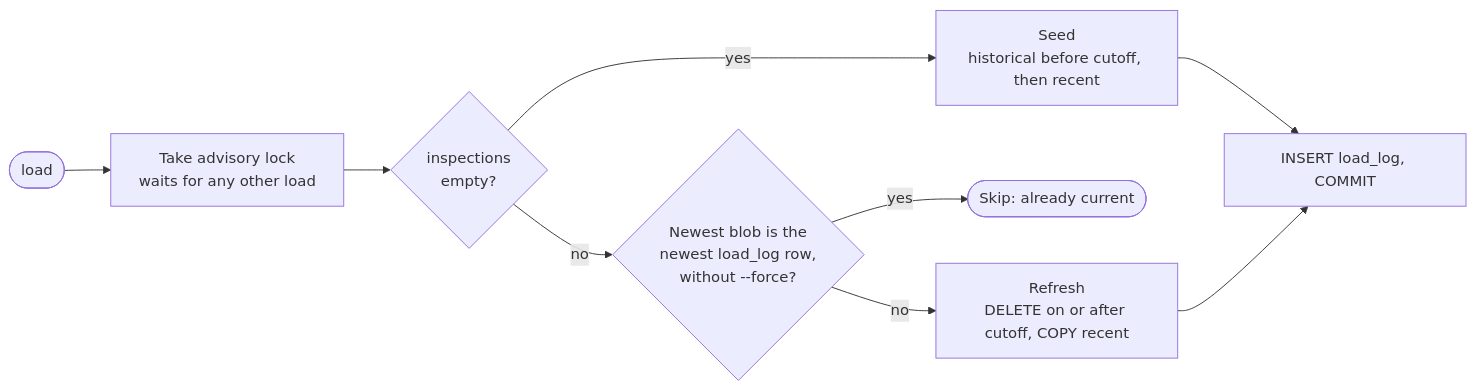
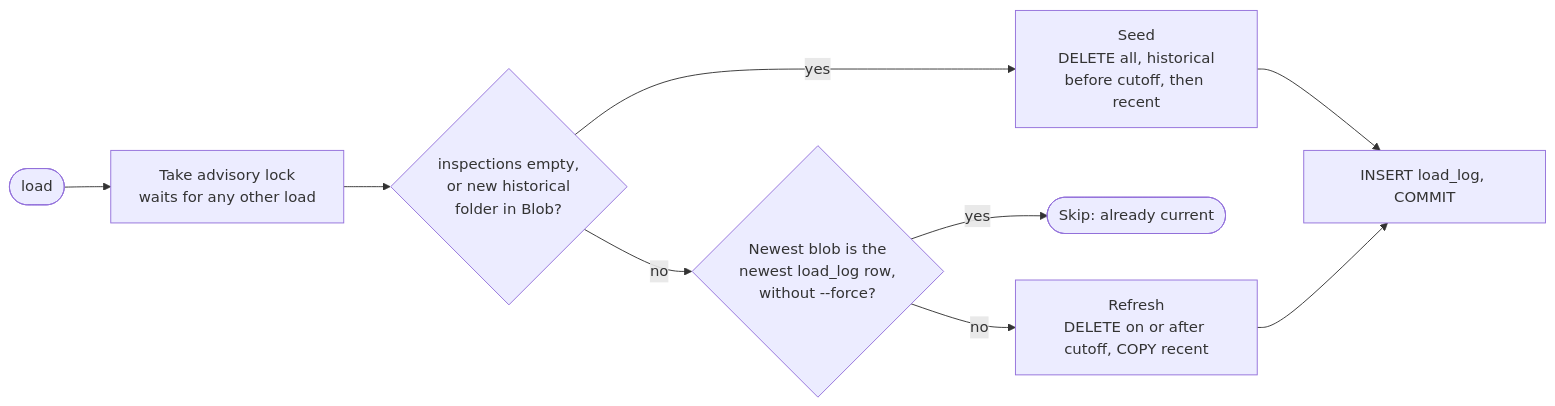
Before and after one commit to im-kenough/DineSafeViz: the third of 3 diagrams in docs-new/ref/3-7-datapipe-refresh.md, drawn with Mermaid. The commit also changed other lines of this file and 36 other files, not shown here.

````diff
--- a/docs-new/ref/3-7-datapipe-refresh.md
+++ b/docs-new/ref/3-7-datapipe-refresh.md
@@ -97,11 +97,11 @@
 ```mermaid
 flowchart LR
     start([load]) --> lock["Take advisory lock<br/>waits for any other load"]
-    lock --> empty{"inspections<br/>empty?"}
-    empty -- yes --> seed["Seed<br/>historical before cutoff, then recent"]
+    lock --> empty{"inspections empty,<br/>or new historical<br/>folder in Blob?"}
+    empty -- yes --> seed["Seed<br/>DELETE all, historical<br/>before cutoff, then recent"]
     empty -- no --> cur{"Newest blob is the<br/>newest load_log row,<br/>without --force?"}
     cur -- yes --> skip(["Skip: already current"])
     cur -- no --> refresh["Refresh<br/>DELETE on or after cutoff, COPY recent"]
     seed --> commit["INSERT load_log, COMMIT"]
     refresh --> commit
 ```
````
